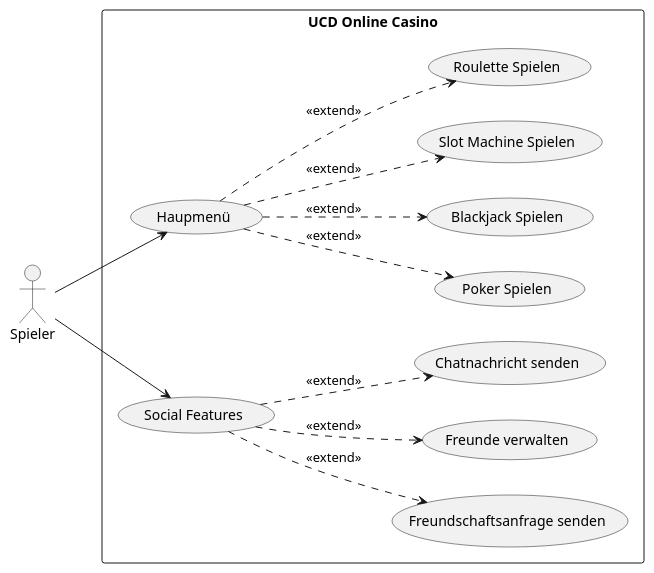
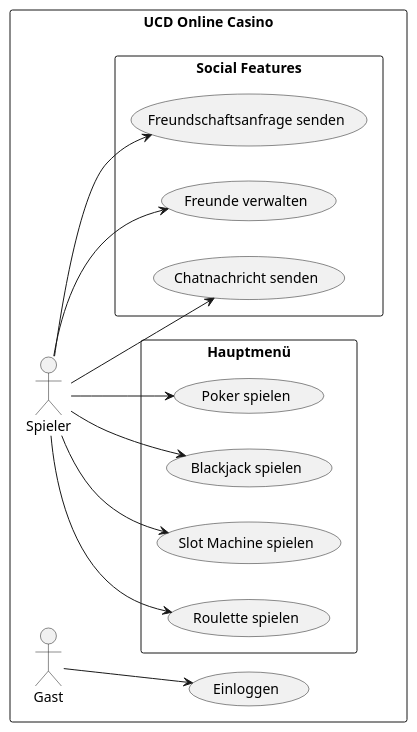
The diagram in resources/UCD.puml (FelixZannantoni/OnlineCasino), drawn with PlantUML before and after one commit. The commit also changed 1 other file, not shown here.

```diff
--- a/resources/UCD.puml
+++ b/resources/UCD.puml
@@ -1,22 +1,32 @@
 @startuml
 
 left to right direction
 
 rectangle "UCD Online Casino" {
-    (Haupmenü)
-    (Social Features)
     
-    (Haupmenü).down.>(Poker Spielen): <<extend>>
-    (Haupmenü).down.>(Blackjack Spielen): <<extend>>
-    (Haupmenü).down.>(Slot Machine Spielen): <<extend>>
-    (Haupmenü).down.>(Roulette Spielen): <<extend>>
+    rectangle "Hauptmenü" {
+      (Poker spielen)
+      (Blackjack spielen)
+      (Slot Machine spielen)
+      (Roulette spielen)
+    }
     
-    (Social Features)..>(Freundschaftsanfrage senden): <<extend>>
-    (Social Features)..>(Freunde verwalten): <<extend>>
-    (Social Features)..>(Chatnachricht senden): <<extend>>
+    rectangle "Social Features" {
+      (Freundschaftsanfrage senden)
+      (Freunde verwalten)
+      (Chatnachricht senden)
+    }
+    
+    Spieler --> (Poker spielen)
+    Spieler --> (Blackjack spielen)
+    Spieler --> (Slot Machine spielen)
+    Spieler --> (Roulette spielen)
+    
+    Spieler --> (Freundschaftsanfrage senden)
+    Spieler --> (Freunde verwalten)
+    Spieler --> (Chatnachricht senden)
+    Gast --> (Einloggen)
 }
 
-Spieler --> (Social Features)
-Spieler --> (Haupmenü)
 
 @enduml
```
